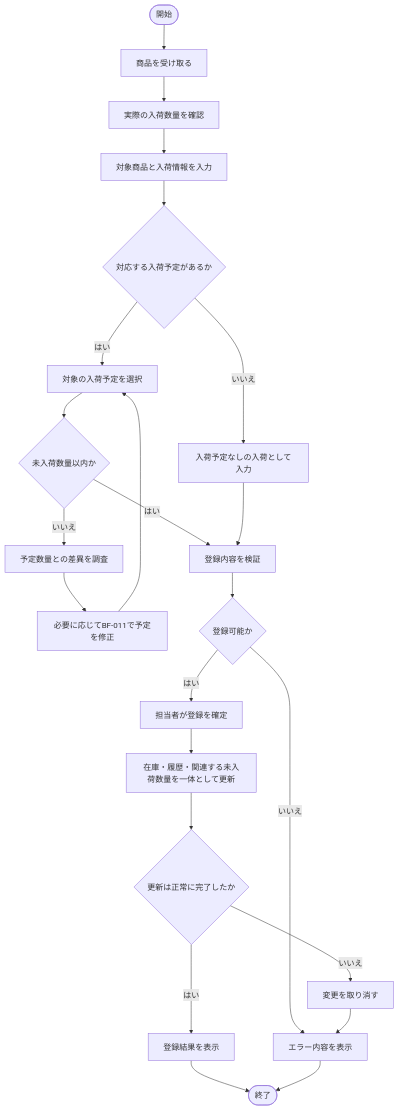
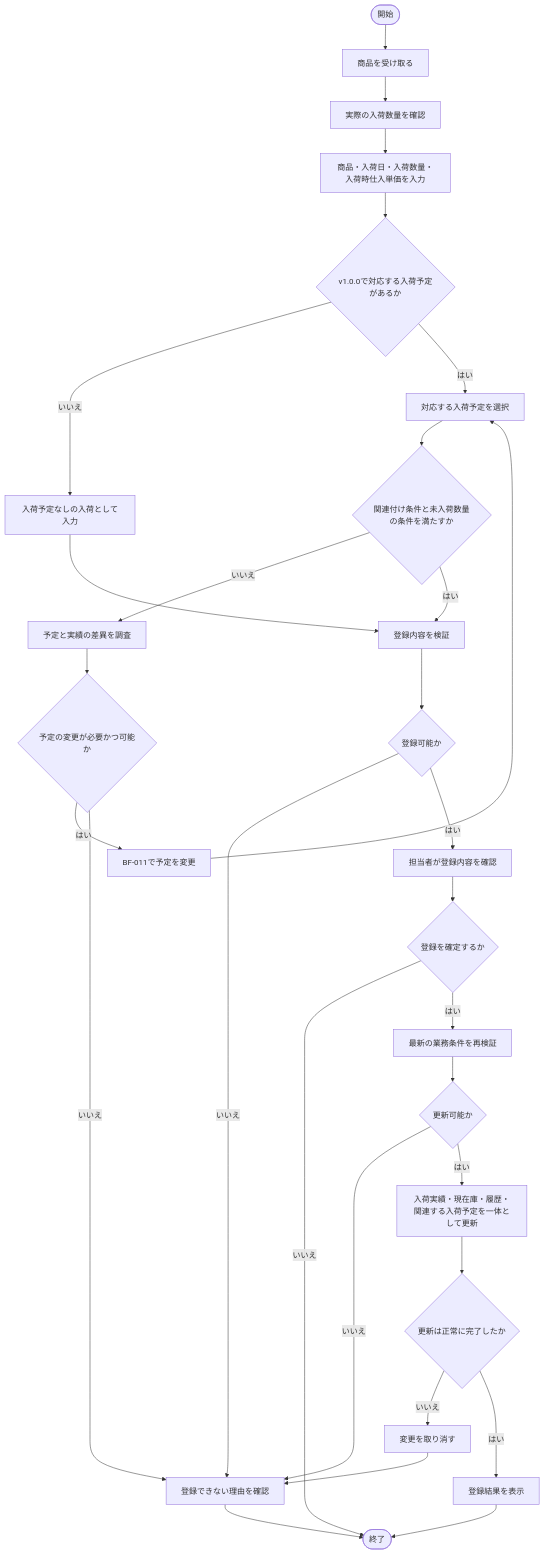
The eighth of 19 diagrams in docs/requirements/business-flow.md (KensukeOta/StockPilot), drawn with Mermaid before and after one commit. The commit also changed other lines of this file and 3 other files, not shown here.

````diff
--- a/docs/requirements/business-flow.md
+++ b/docs/requirements/business-flow.md
@@ -502,25 +686,32 @@
 ```mermaid
 flowchart TD
     A([開始]) --> B[商品を受け取る]
     B --> C[実際の入荷数量を確認]
-    C --> D[対象商品と入荷情報を入力]
-    D --> E{対応する入荷予定があるか}
+    C --> D[商品・入荷日・入荷数量・入荷時仕入単価を入力]
+    D --> E{v1.0.0で対応する入荷予定があるか}
     E -->|いいえ| F[入荷予定なしの入荷として入力]
-    E -->|はい| G[対象の入荷予定を選択]
-    G --> H{未入荷数量以内か}
-    H -->|いいえ| I[予定数量との差異を調査]
-    I --> J[必要に応じてBF-011で予定を修正]
-    J --> G
-    H -->|はい| K[登録内容を検証]
-    F --> K
-    K --> L{登録可能か}
-    L -->|いいえ| X[エラー内容を表示]
-    L -->|はい| M[担当者が登録を確定]
-    M --> N[在庫・履歴・関連する未入荷数量を一体として更新]
-    N --> O{更新は正常に完了したか}
-    O -->|いいえ| P[変更を取り消す]
-    P --> X
-    O -->|はい| Q[登録結果を表示]
-    Q --> Z([終了])
+    E -->|はい| G[対応する入荷予定を選択]
+    G --> H{関連付け条件と未入荷数量の条件を満たすか}
+    H -->|いいえ| I[予定と実績の差異を調査]
+    I --> J{予定の変更が必要かつ可能か}
+    J -->|はい| K[BF-011で予定を変更]
+    K --> G
+    J -->|いいえ| X[登録できない理由を確認]
+    H -->|はい| L[登録内容を検証]
+    F --> L
+    L --> M{登録可能か}
+    M -->|いいえ| X
+    M -->|はい| N[担当者が登録内容を確認]
+    N --> O{登録を確定するか}
+    O -->|いいえ| Z([終了])
+    O -->|はい| P[最新の業務条件を再検証]
+    P --> Q{更新可能か}
+    Q -->|いいえ| X
+    Q -->|はい| R[入荷実績・現在庫・履歴・関連する入荷予定を一体として更新]
+    R --> S{更新は正常に完了したか}
+    S -->|いいえ| T[変更を取り消す]
+    T --> X
+    S -->|はい| U[登録結果を表示]
+    U --> Z
     X --> Z
 ```
````
